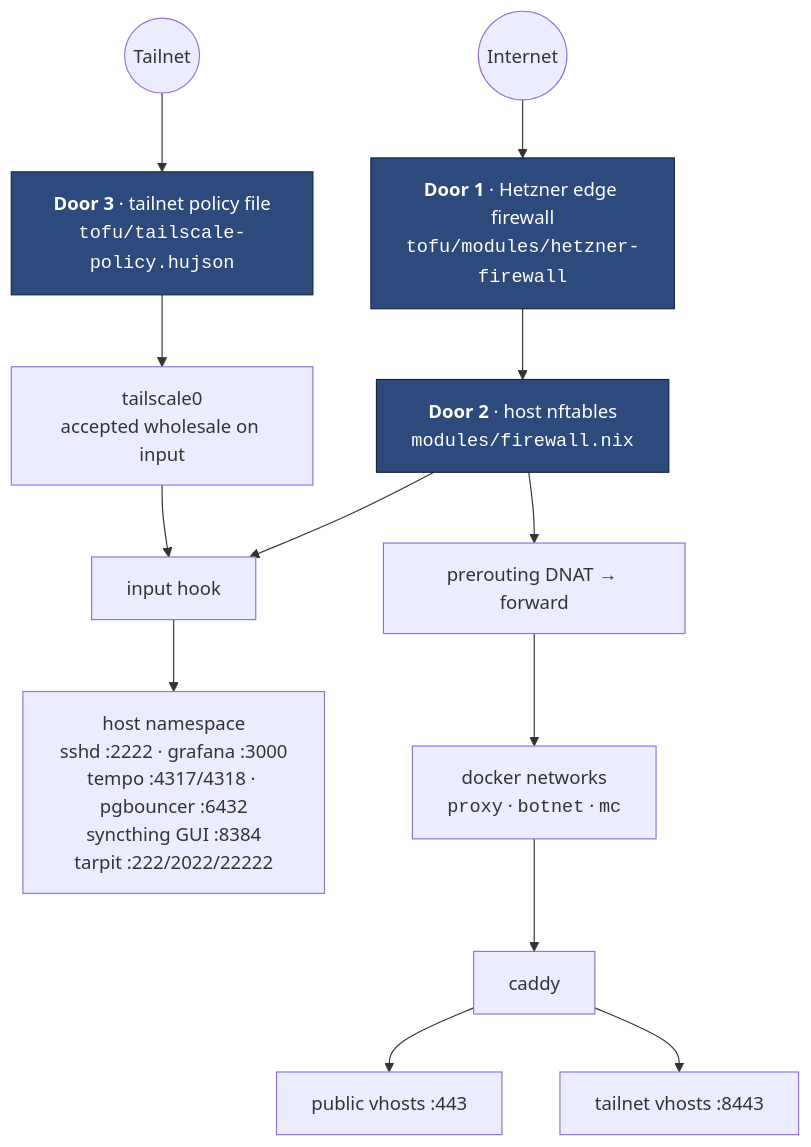
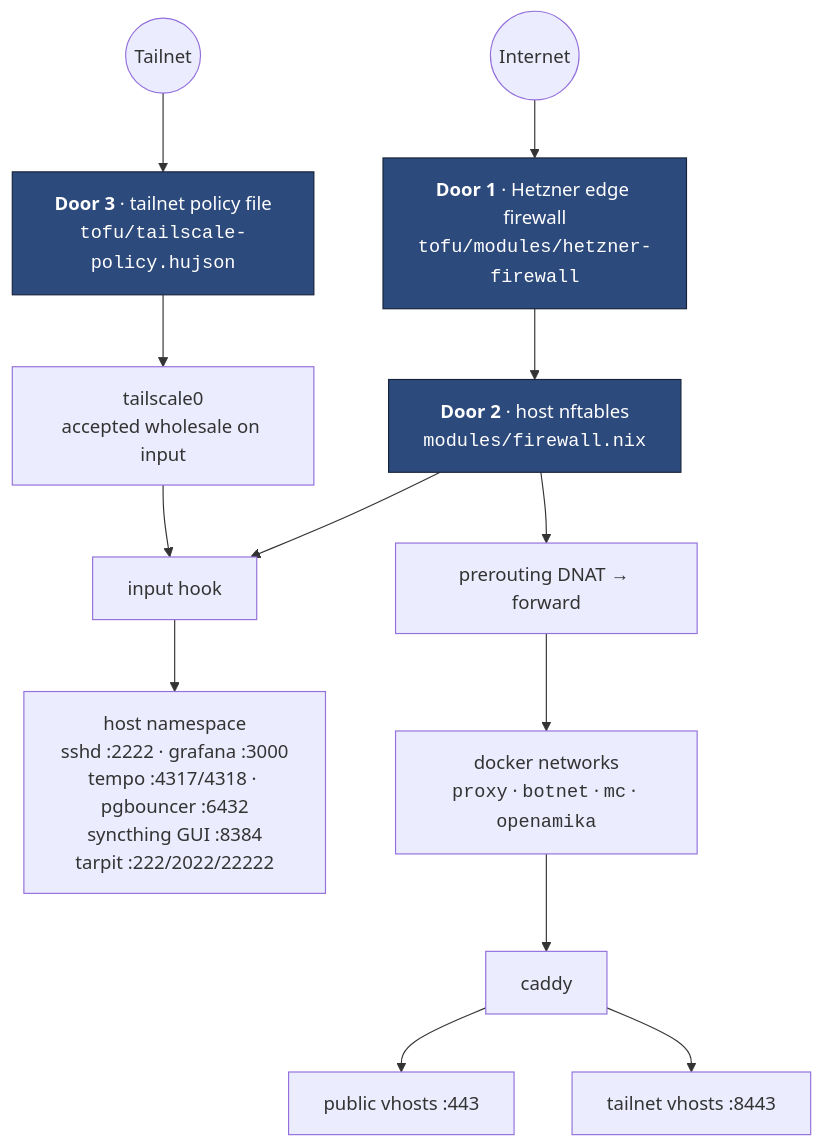
Before and after one commit to 1Git2Clone/vps: the first of 2 diagrams in docs/src/architecture/network.md, drawn with Mermaid. The commit also changed other lines of this file and 31 other files, not shown here.

````diff
--- a/docs/src/architecture/network.md
+++ b/docs/src/architecture/network.md
@@ -6,23 +6,23 @@
 ```mermaid
 flowchart TB
     net(("Internet"))
     tailnet(("Tailnet"))
 
     net --> edge["<b>Door 1</b> · Hetzner edge firewall<br/><code>tofu/modules/hetzner-firewall</code>"]
     edge --> nft["<b>Door 2</b> · host nftables<br/><code>modules/firewall.nix</code>"]
     tailnet --> pol["<b>Door 3</b> · tailnet policy file<br/><code>tofu/tailscale-policy.hujson</code>"]
     pol --> ts["tailscale0<br/>accepted wholesale on input"]
 
     nft --> inp["input hook"]
     nft --> fwd["prerouting DNAT → forward"]
     ts --> inp
 
     inp --> hostsvc["host namespace<br/>sshd :2222 · grafana :3000<br/>tempo :4317/4318 · pgbouncer :6432<br/>syncthing GUI :8384<br/>tarpit :222/2022/22222"]
-    fwd --> dock["docker networks<br/><code>proxy</code> · <code>botnet</code> · <code>mc</code>"]
+    fwd --> dock["docker networks<br/><code>proxy</code> · <code>botnet</code> · <code>mc</code> · <code>openamika</code>"]
     dock --> caddy["caddy"]
     caddy --> pub["public vhosts :443"]
     caddy --> priv["tailnet vhosts :8443"]
 
     classDef door fill:#2d4a7c,stroke:#16233c,color:#fff
     class edge,nft,pol door
 ```
````
